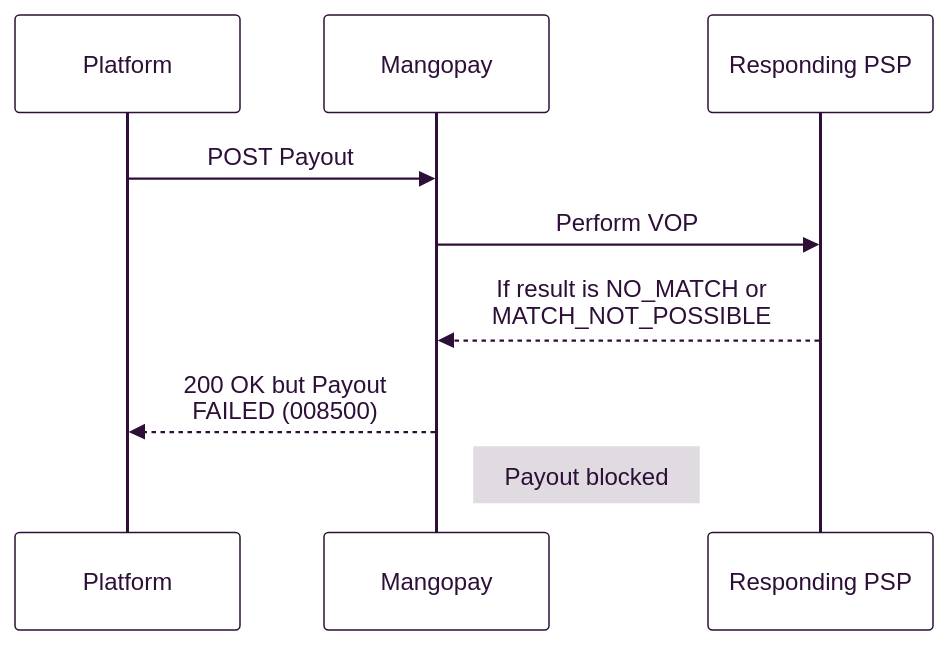
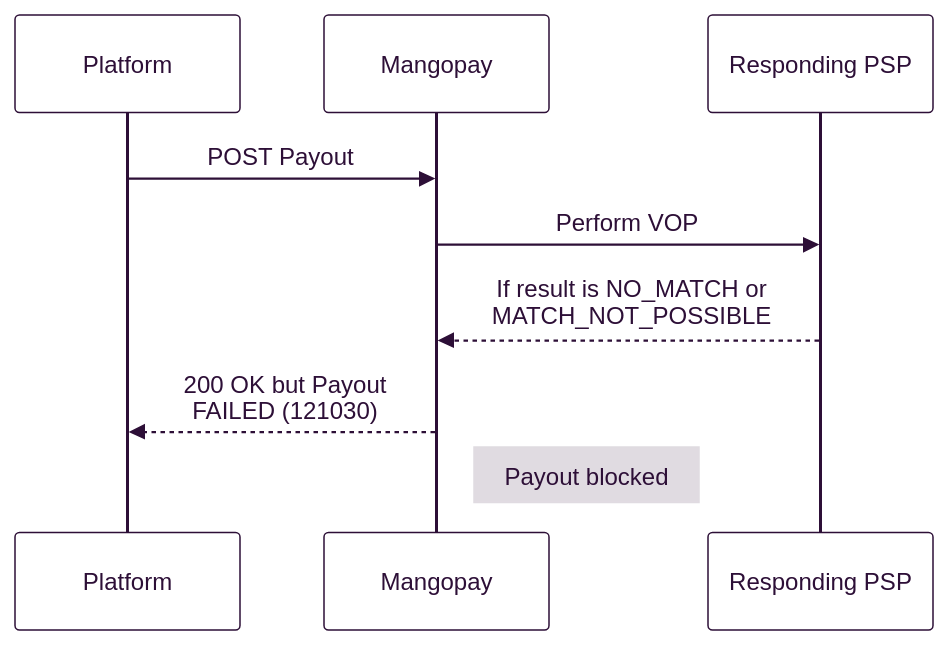
One commit to Mangopay/docs changed diagram 11 of 12 in guides/vop/recipients-payouts.mdx. Above: the diagram before and after it, drawn with Mermaid. The commit also changed other lines of this file and 3 other files, not shown here.

````diff
--- a/guides/vop/recipients-payouts.mdx
+++ b/guides/vop/recipients-payouts.mdx
@@ -596,30 +596,30 @@
 ```mermaid
 %%{
   init: {
     'theme': 'base',
     'themeVariables': {
       'primaryColor': '#FFFFFF',
       'primaryTextColor': '#2D0F37',
       'primaryBorderColor': '#2D0F37',
       'lineColor': '#2D0F37',
       'secondaryColor': '#FFFFFF',
       'tertiaryColor': '#FFFFFF',
       'fontSize': '32px',
       'fontFamily': 'Inter',
       'noteBorderColor': "#E0DBE1",
       'noteBkgColor': "#E0DBE1",
       'noteTextColor': '#2D0F37'
     }
   }
 }%%
 sequenceDiagram
   participant Platform
   participant Mangopay
   participant Responding PSP
 
 Platform ->> Mangopay: POST Payout
 Mangopay ->> Responding PSP: Perform VOP
 Responding PSP -->> Mangopay: If result is NO_MATCH or <br/>MATCH_NOT_POSSIBLE
-Mangopay -->> Platform: 200 OK but Payout <br/>FAILED (008500)
+Mangopay -->> Platform: 200 OK but Payout <br/>FAILED (121030)
 	Note right of Mangopay: Payout blocked
 ```
````
